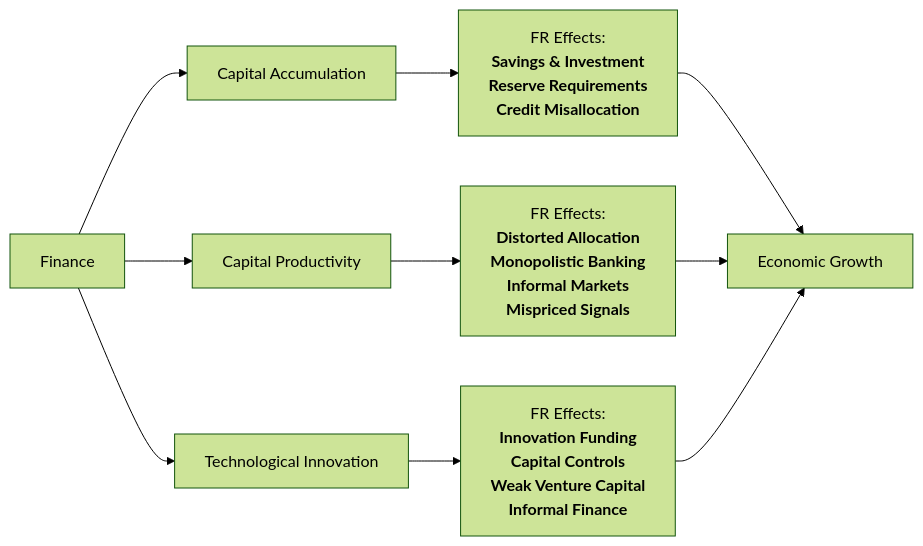
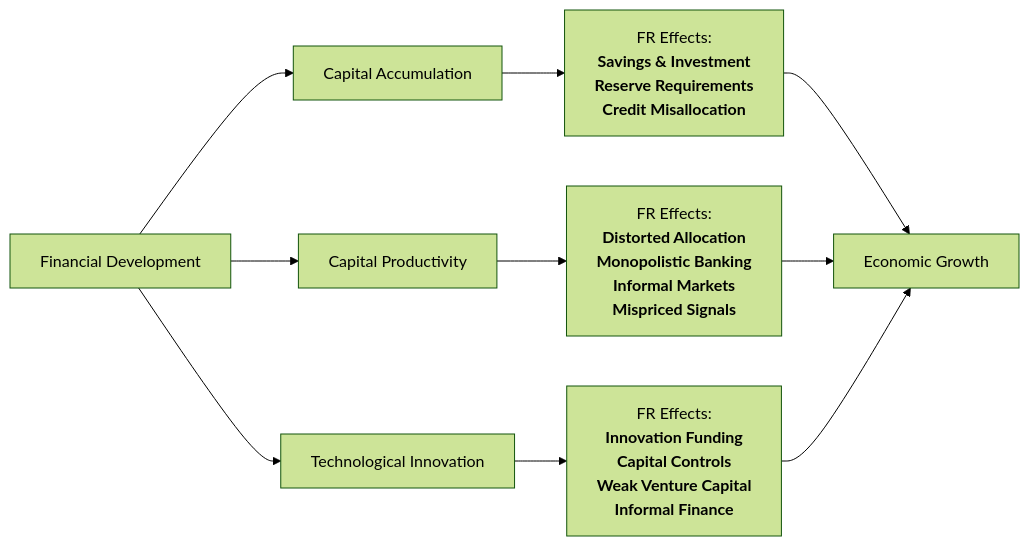
Before and after one commit to Aboutorabi/FR-FD-Gr.md: the diagram in FR-FD&Gr.md, drawn with Mermaid (forest theme).

````diff
--- a/FR-FD&Gr.md
+++ b/FR-FD&Gr.md
@@ -1,20 +1,20 @@
 ```mermaid
 flowchart LR
-    F["Finance"]
+    F["Financial Development"]
 
     %% Channels
     A["Capital Accumulation"]
     B["Capital Productivity"]
     C["Technological Innovation"]
 
     %% FR Effects (multiline, single line per item)
     A_sub["FR Effects:<b></br> Savings & Investment<b></br> Reserve Requirements<b></br> Credit Misallocation"]
     B_sub["FR Effects:<b></br> Distorted Allocation<b></br> Monopolistic Banking<b></br> Informal Markets<b></br> Mispriced Signals"]
     C_sub["FR Effects:<b></br> Innovation Funding<b></br> Capital Controls<b></br> Weak Venture Capital<b></br> Informal Finance"]
 
     %% Flow connections
     F --> A --> A_sub --> G["Economic Growth"]
     F --> B --> B_sub --> G
     F --> C --> C_sub --> G
 
 ```
````
